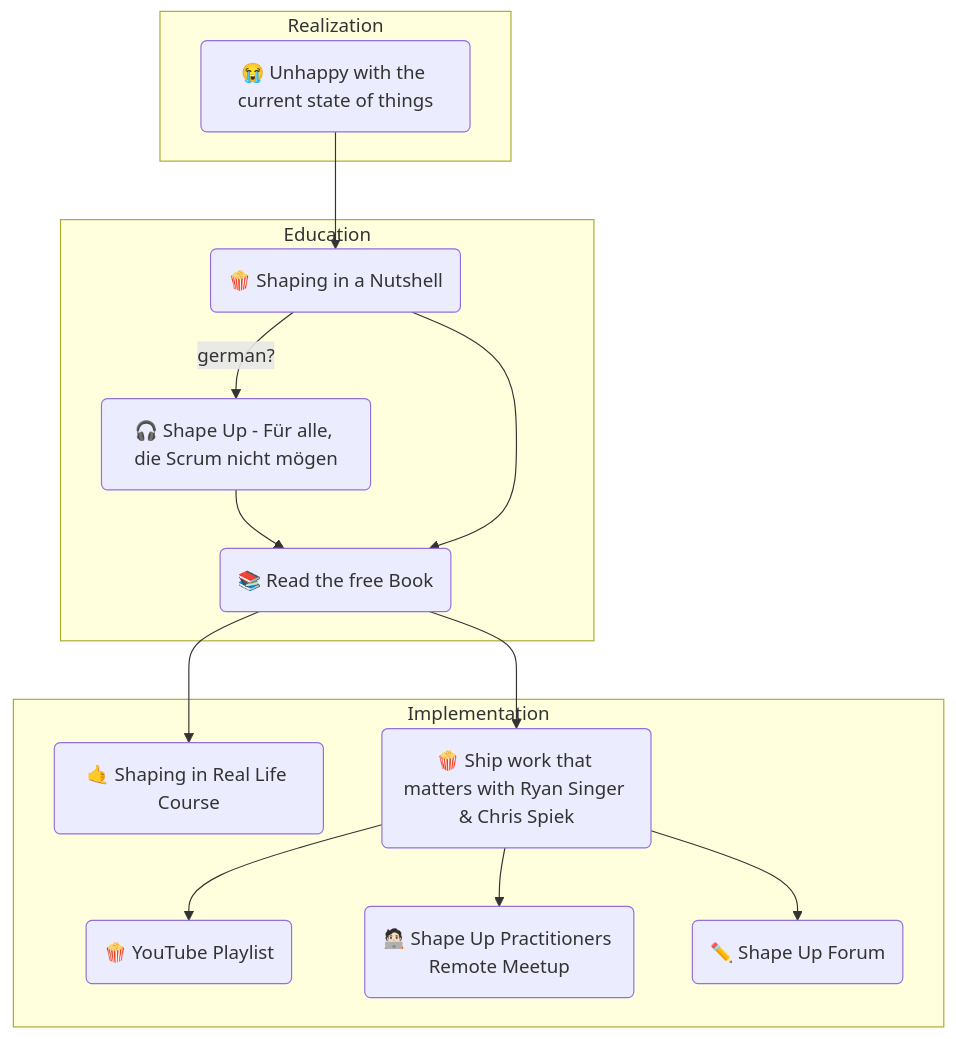
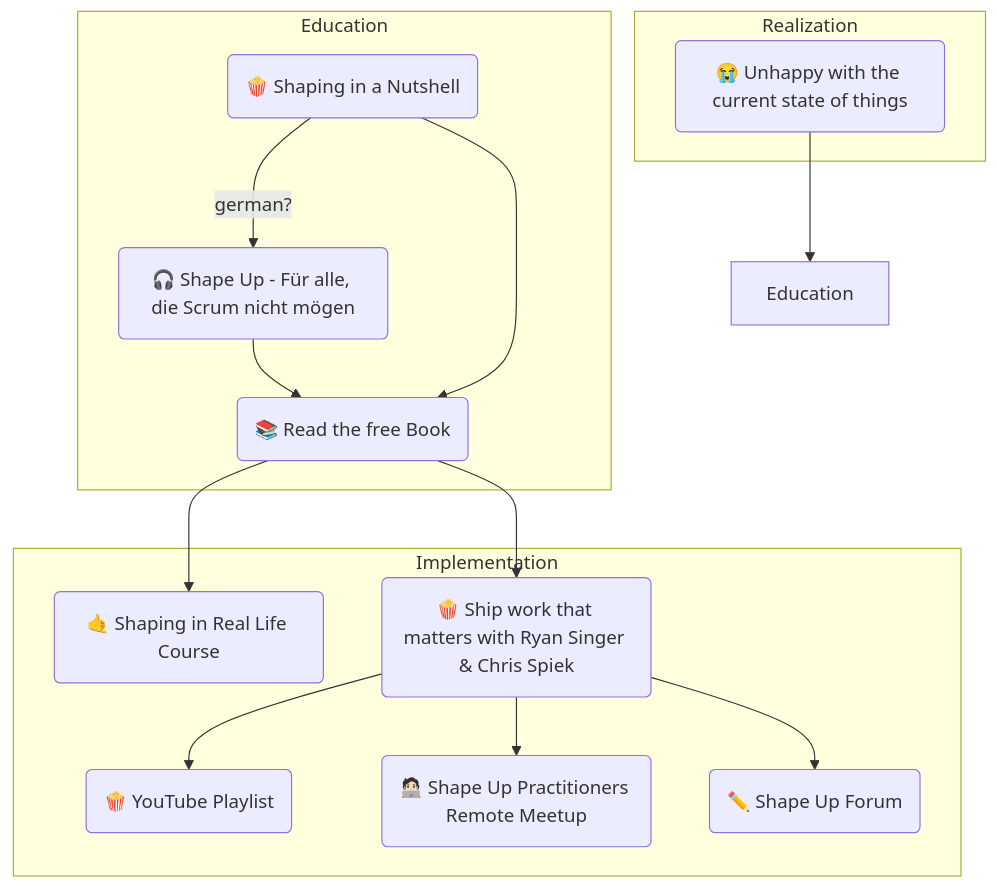
The diagram in README.md (klausbreyer/shapeup-learning-path), drawn with Mermaid before and after one commit.

````diff
--- a/README.md
+++ b/README.md
@@ -4,43 +4,41 @@
 ```mermaid
 graph TD
     subgraph Realization
         U("😭 Unhappy with the current state of things")
     end
 
     subgraph Education 
         A("🍿 Shaping in a Nutshell")
         SDDC("🎧 Shape Up - Für alle, die Scrum nicht mögen")
         B("📚 Read the free Book")
     end
 
     subgraph Implementation 
 
         P("🍿 YouTube Playlist")
         M("🧑🏻‍💻 Shape Up Practitioners Remote Meetup")
         R("🤙 Shaping in Real Life Course")
         S("🍿 Ship work that matters with Ryan Singer & Chris Spiek")
         F("✏️ Shape Up Forum")
     end
 
 
-U --> A
+U --> Education
 A -->|german?| SDDC
 SDDC --> B
 A --> B
 S--> M
 B --> R
 B --> S
 S --> F
 S --> P
 
-
-
-click A "https://www.github.com" _blank
+click A "https://www.youtube.com/watch?v=h_8M23wVjXk" _blank
 click SDDC "https://superdev.club/podcasts/shape-up/" _blank
 click B "https://basecamp.com/shapeup" _blank
 click M "https://www.meetup.com/de-DE/shapeup-practitioners/" _blank
 click R "https://feltpresence.com/srl/" _blank
 click F "https://youtu.be/jnW0fAIpLbo" _blank
 click D "https://discourse.learnshapeup.com/" _blank
 click P "https://www.youtube.com/watch?v=h_8M23wVjXk&list=PLh2qZ3Zp-Xw2Q-H3lSjkEPhBYzvkDt6mY" _blank
 ```
````
